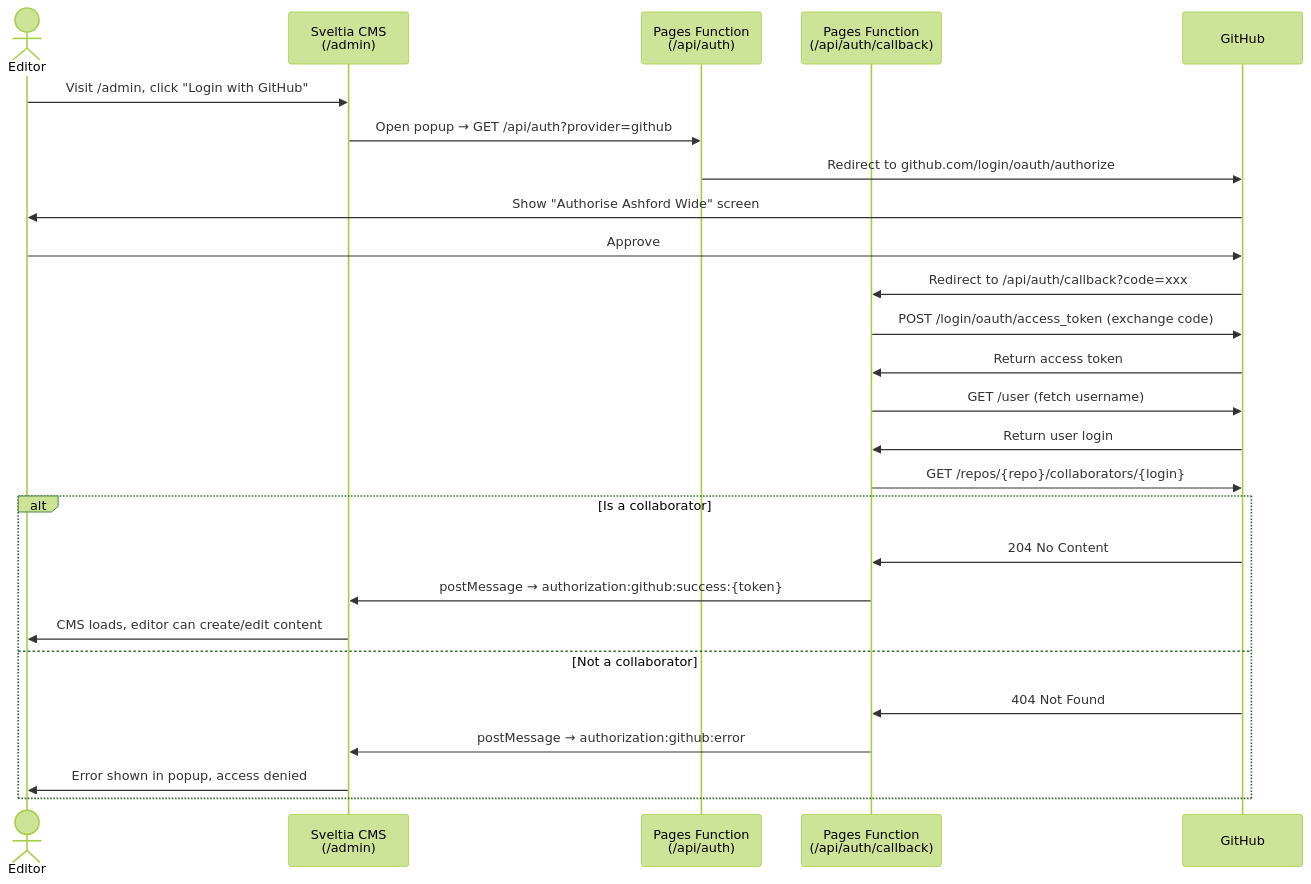
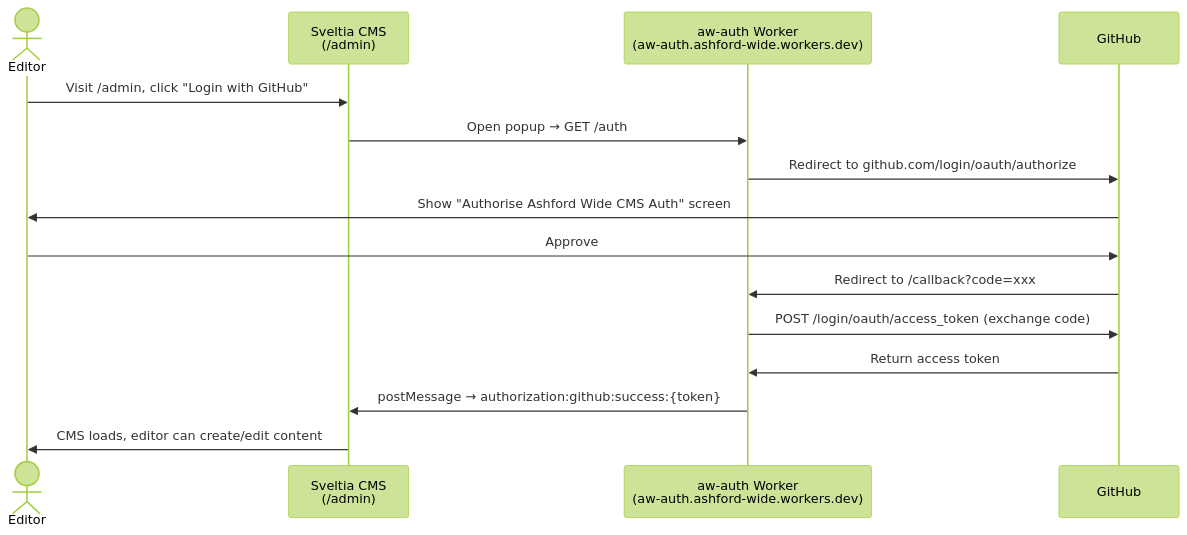
The diagram in docs/sveltia_cms.md (Ashford-Wide/ashford_wide), drawn with Mermaid (forest theme) before and after one commit. The commit also changed other lines of this file, not shown here.

````diff
--- a/docs/sveltia_cms.md
+++ b/docs/sveltia_cms.md
@@ -18,29 +13,18 @@
 ```mermaid
 sequenceDiagram
     actor Editor
     participant CMS as Sveltia CMS<br/>(/admin)
-    participant Auth as Pages Function<br/>(/api/auth)
-    participant CB as Pages Function<br/>(/api/auth/callback)
+    participant W as aw-auth Worker<br/>(aw-auth.ashford-wide.workers.dev)
     participant GH as GitHub
 
     Editor->>CMS: Visit /admin, click "Login with GitHub"
-    CMS->>Auth: Open popup → GET /api/auth?provider=github
-    Auth->>GH: Redirect to github.com/login/oauth/authorize
-    GH->>Editor: Show "Authorise Ashford Wide" screen
+    CMS->>W: Open popup → GET /auth
+    W->>GH: Redirect to github.com/login/oauth/authorize
+    GH->>Editor: Show "Authorise Ashford Wide CMS Auth" screen
     Editor->>GH: Approve
-    GH->>CB: Redirect to /api/auth/callback?code=xxx
-    CB->>GH: POST /login/oauth/access_token (exchange code)
-    GH->>CB: Return access token
-    CB->>GH: GET /user (fetch username)
-    GH->>CB: Return user login
-    CB->>GH: GET /repos/{repo}/collaborators/{login}
-    alt Is a collaborator
-        GH->>CB: 204 No Content
-        CB->>CMS: postMessage → authorization:github:success:{token}
-        CMS->>Editor: CMS loads, editor can create/edit content
-    else Not a collaborator
-        GH->>CB: 404 Not Found
-        CB->>CMS: postMessage → authorization:github:error
-        CMS->>Editor: Error shown in popup, access denied
-    end
+    GH->>W: Redirect to /callback?code=xxx
+    W->>GH: POST /login/oauth/access_token (exchange code)
+    GH->>W: Return access token
+    W->>CMS: postMessage → authorization:github:success:{token}
+    CMS->>Editor: CMS loads, editor can create/edit content
 ```
````
